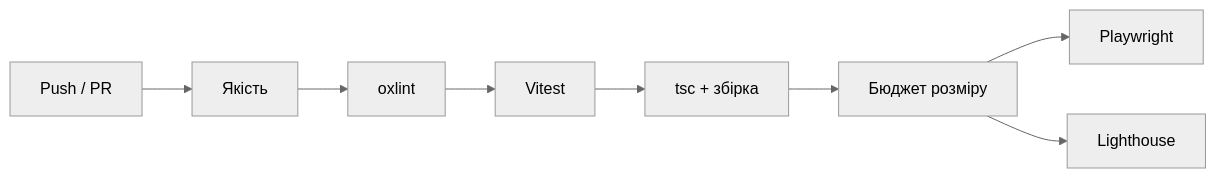
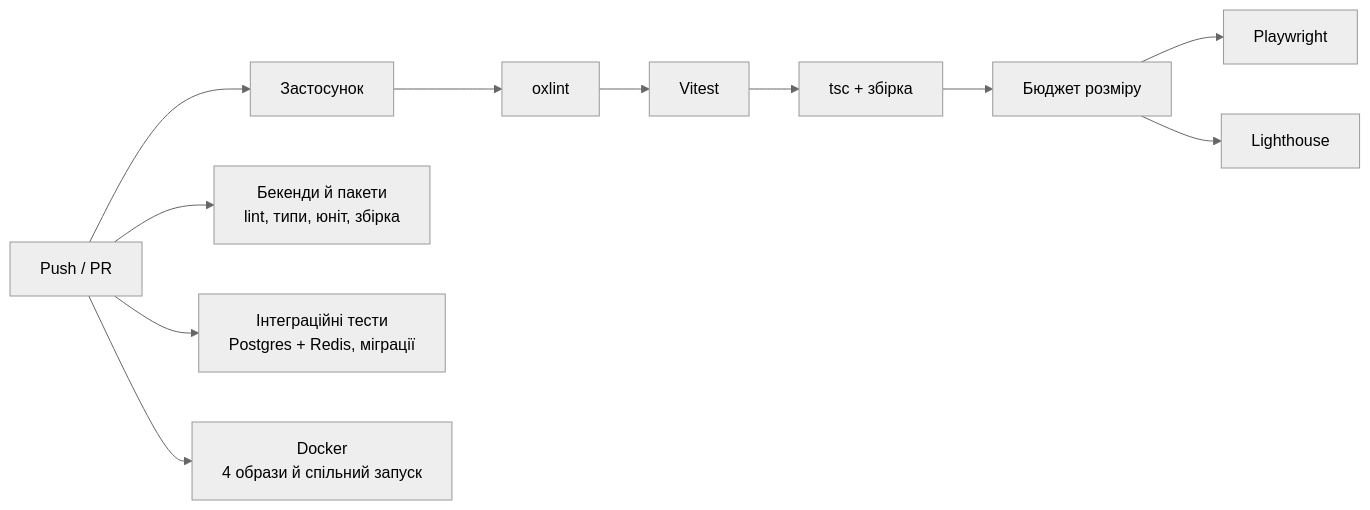
Before and after one commit to tsukanovSerhii/FitPulse: the second of 3 diagrams in docs/quality.md, drawn with Mermaid (neutral theme). The commit also changed other lines of this file, not shown here.

Commit message:
docs(quality): show the backend, integration and Docker CI jobs
- The CI diagram and notes now include the new jobs so contributors know what a PR must pass

````diff
--- a/docs/quality.md
+++ b/docs/quality.md
@@ -21,7 +21,10 @@
 ```mermaid
 flowchart LR
-  push[Push / PR] --> q[Якість]
+  push[Push / PR] --> q[Застосунок]
   q --> lint[oxlint] --> unit[Vitest] --> build["tsc + збірка"] --> size[Бюджет розміру]
   size --> e2e[Playwright]
   size --> lh[Lighthouse]
+  push --> ws["Бекенди й пакети<br/>lint, типи, юніт, збірка"]
+  push --> int["Інтеграційні тести<br/>Postgres + Redis, міграції"]
+  push --> dk["Docker<br/>4 образи й спільний запуск"]
 ```
````
